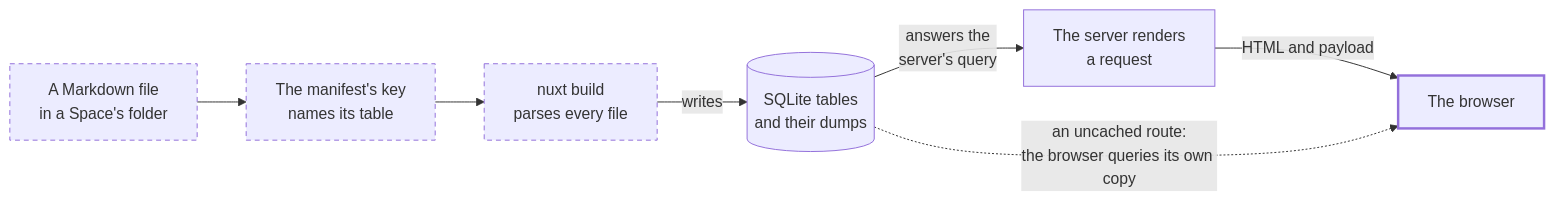
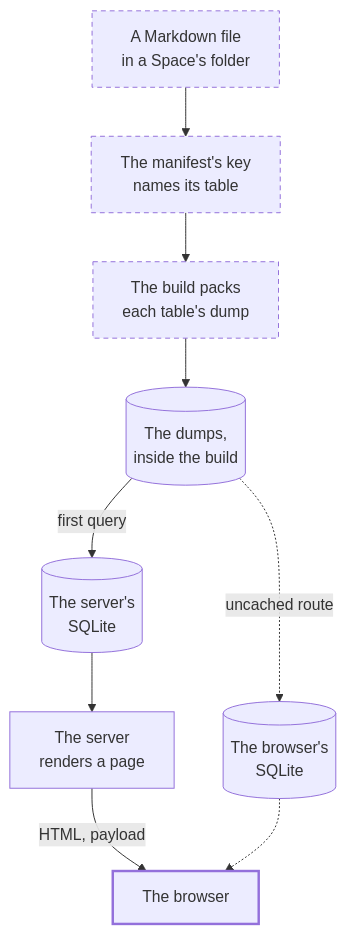
The diagram in layers/glassbox/content/guide/pages/walkthroughs/from-file-to-browser.md (feffef/terrarium), drawn with Mermaid before and after one commit. The commit also changed other lines of this file and 2 other files, not shown here.

Commit message:
Glass Box: draw the dump, not one shared database, and fit 390px
Review found the left-to-right diagram unreadable on a phone (six nodes
in a row) and wrong about the database: the build ships each table's
dump, the server restores its own SQLite from it on the first query,
and the browser loads it into a separate SQLite only for an uncached
route. The diagram now runs top-down with the dump between the build
and those two copies, and the intro says the same.

Claude-Session: https://claude.ai/code/session_01E2zbWEQmuUrEhWvbzNpBba

````diff
--- a/layers/glassbox/content/guide/pages/walkthroughs/from-file-to-browser.md
+++ b/layers/glassbox/content/guide/pages/walkthroughs/from-file-to-browser.md
@@ -10,13 +10,15 @@
 ```mermaid
-flowchart LR
+flowchart TD
   file["A Markdown file<br>in a Space's folder"] --> key["The manifest's key<br>names its table"]
-  key --> build["nuxt build<br>parses every file"]
-  build -- "writes" --> db[("SQLite tables<br>and their dumps")]
-  db -- "answers the<br>server's query" --> server["The server renders<br>a request"]
-  server -- "HTML and payload" --> browser["The browser"]
-  db -. "an uncached route:<br>the browser queries its own copy" .-> browser
+  key --> build["The build packs<br>each table's dump"]
+  build --> dump[("The dumps,<br>inside the build")]
+  dump -- "first query" --> sdb[("The server's<br>SQLite")]
+  dump -. "uncached route" .-> bdb[("The browser's<br>SQLite")]
+  sdb --> server["The server<br>renders a page"]
+  server -- "HTML, payload" --> browser["The browser"]
+  bdb -.-> browser
   classDef repo stroke-dasharray:5 4
   classDef reader stroke-width:2.5px
   class file,key,build repo
   class browser reader
 ```
````
